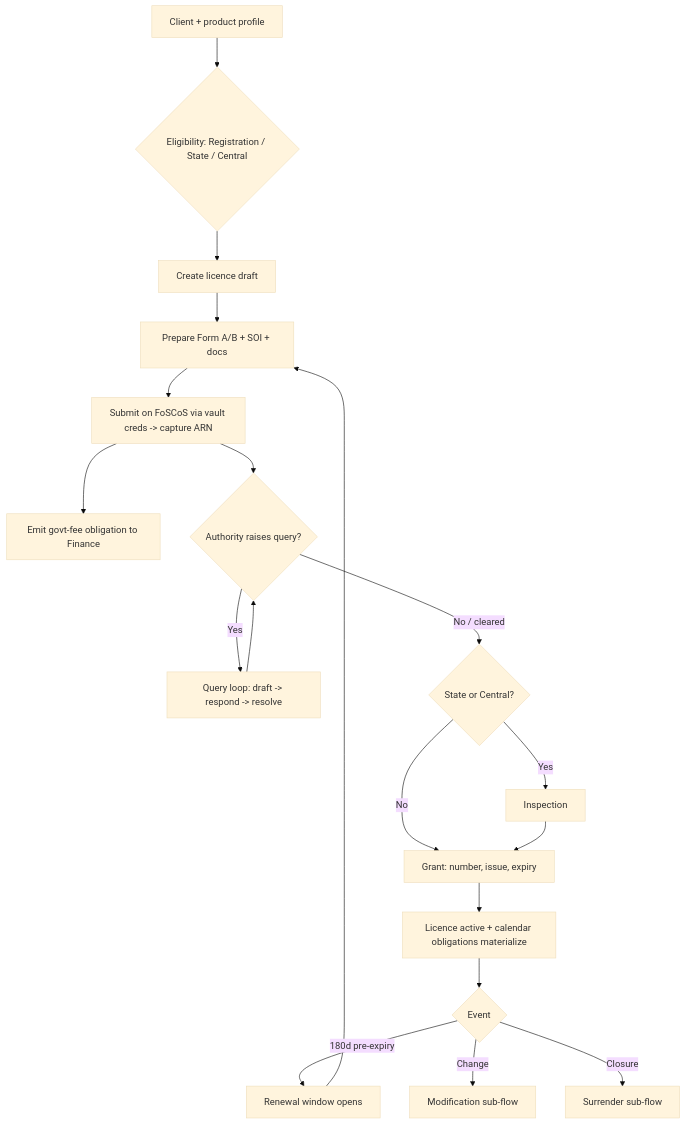
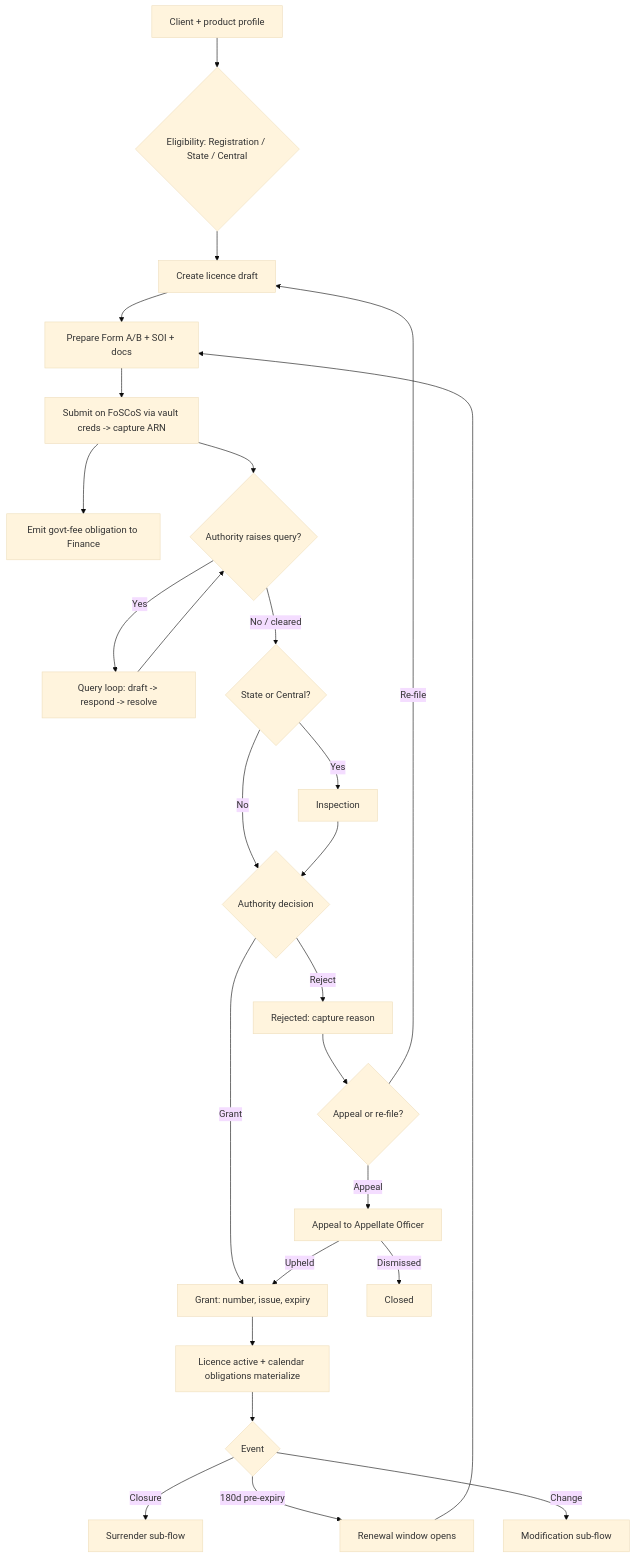
The first of 7 diagrams in docs/architecture/modules/regulatory.md (taruntps/tps-oms), drawn with Mermaid (base theme) before and after one commit. The commit also changed other lines of this file and 13 other files, not shown here.

First line of the commit message:
docs(arch): enterprise architecture validation + remediation (blueprint frozen v1.0)

````diff
--- a/docs/architecture/modules/regulatory.md
+++ b/docs/architecture/modules/regulatory.md
@@ -44,21 +48,28 @@
 ```mermaid
 flowchart TD
   A[Client + product profile] --> B{Eligibility: Registration / State / Central}
   B --> C[Create licence draft]
   C --> D[Prepare Form A/B + SOI + docs]
   D --> E[Submit on FoSCoS via vault creds -> capture ARN]
   E --> F[Emit govt-fee obligation to Finance]
   E --> G{Authority raises query?}
   G -- Yes --> H[Query loop: draft -> respond -> resolve]
   H --> G
   G -- No / cleared --> I{State or Central?}
   I -- Yes --> J[Inspection]
-  I -- No --> K[Grant]
-  J --> K[Grant: number, issue, expiry]
-  K --> L[Licence active + calendar obligations materialize]
+  I -- No --> DEC{Authority decision}
+  J --> DEC
+  DEC -- Grant --> K[Grant: number, issue, expiry]
+  DEC -- Reject --> RJ[Rejected: capture reason]
+  RJ --> AP{Appeal or re-file?}
+  AP -- Appeal --> APX[Appeal to Appellate Officer]
+  APX -- Upheld --> K
+  APX -- Dismissed --> PZ[Closed]
+  AP -- Re-file --> C
+  K[Grant: number, issue, expiry] --> L[Licence active + calendar obligations materialize]
   L --> M{Event}
   M -- 180d pre-expiry --> N[Renewal window opens]
   M -- Change --> O[Modification sub-flow]
   M -- Closure --> P[Surrender sub-flow]
   N --> D
 ```
````
